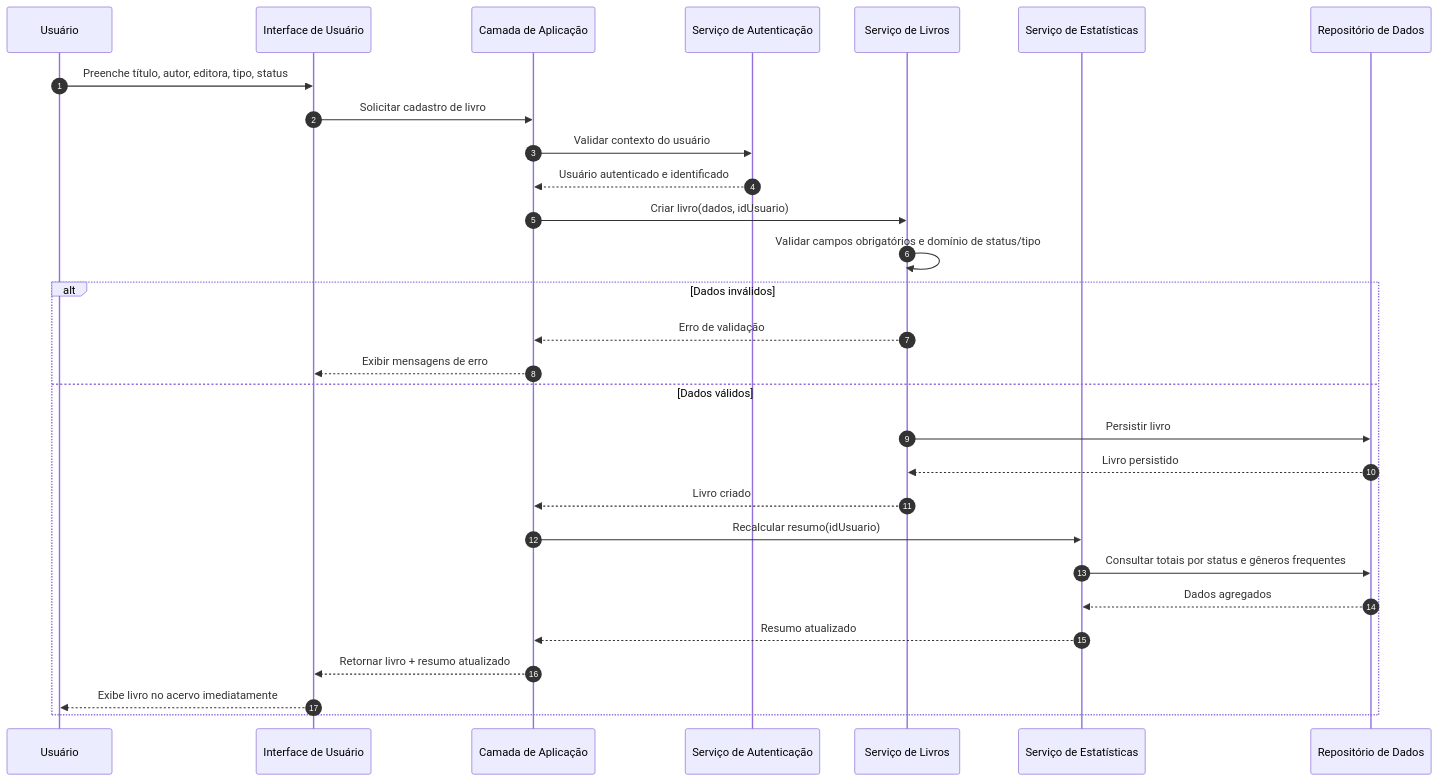
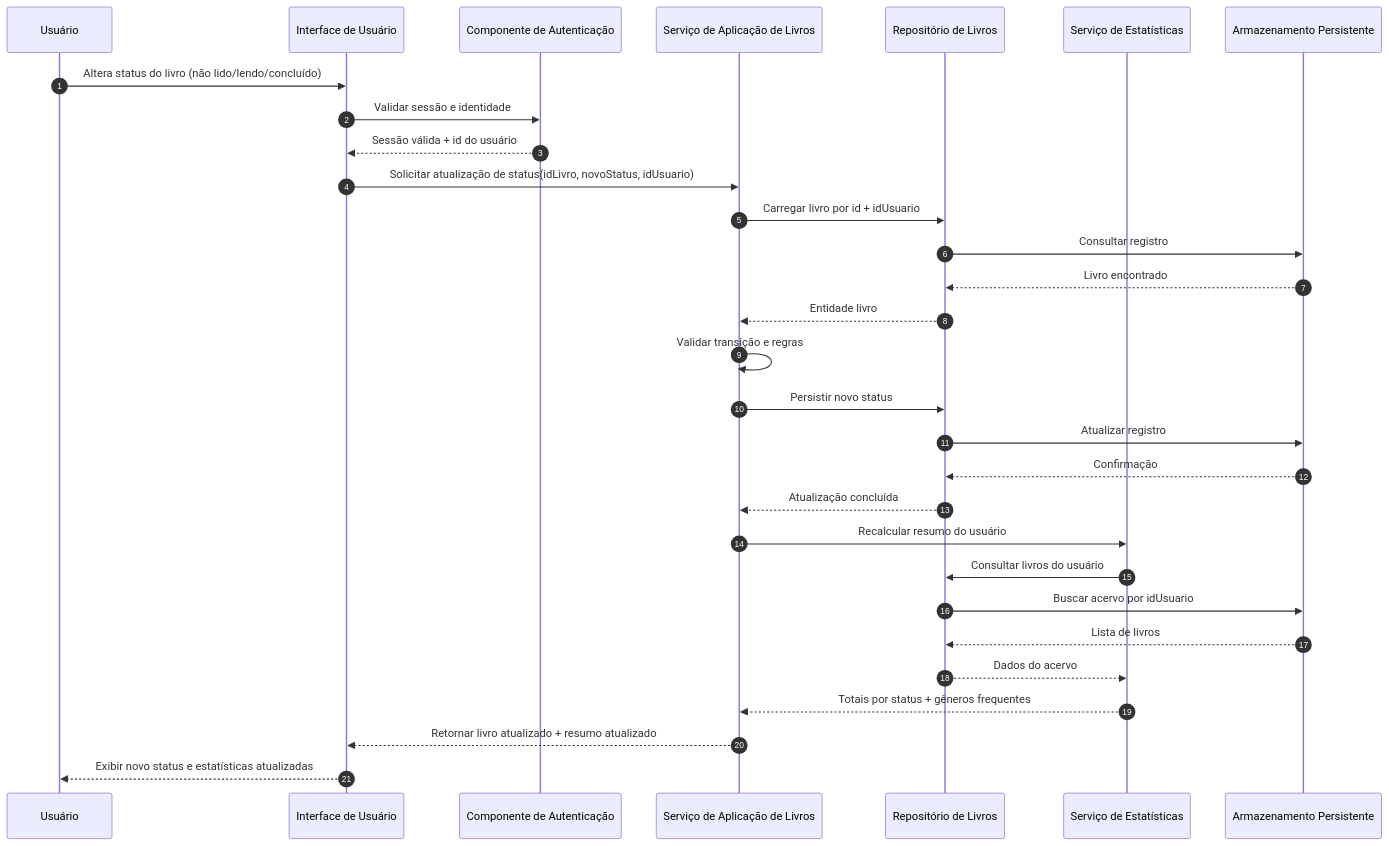
One commit to PDC-ESIA/AI4ES changed the second of 2 diagrams in docs/Time_2_Design/analise-qualitativa/outputs/relatorio_gpt_5_3_codex_P04.md. Above: the diagram before and after it, drawn with Mermaid. The commit also changed other lines of this file and 93 other files, not shown here.

````diff
--- a/docs/Time_2_Design/analise-qualitativa/outputs/relatorio_gpt_5_3_codex_P04.md
+++ b/docs/Time_2_Design/analise-qualitativa/outputs/relatorio_gpt_5_3_codex_P04.md
@@ -53,33 +74,37 @@
 ```mermaid
 sequenceDiagram
     autonumber
     participant U as Usuário
     participant UI as Interface de Usuário
-    participant APP as Camada de Aplicação
-    participant AUTH as Serviço de Autenticação
-    participant BOOK as Serviço de Livros
-    participant STATS as Serviço de Estatísticas
-    participant REPO as Repositório de Dados
+    participant AUTH as Componente de Autenticação
+    participant LIV as Serviço de Aplicação de Livros
+    participant REP as Repositório de Livros
+    participant RES as Serviço de Estatísticas
+    participant DB as Armazenamento Persistente
 
-    U->>UI: Preenche título, autor, editora, tipo, status
-    UI->>APP: Solicitar cadastro de livro
-    APP->>AUTH: Validar contexto do usuário
-    AUTH-->>APP: Usuário autenticado e identificado
+    U->>UI: Altera status do livro (não lido/lendo/concluído)
+    UI->>AUTH: Validar sessão e identidade
+    AUTH-->>UI: Sessão válida + id do usuário
 
-    APP->>BOOK: Criar livro(dados, idUsuario)
-    BOOK->>BOOK: Validar campos obrigatórios e domínio de status/tipo
-    alt Dados inválidos
-        BOOK-->>APP: Erro de validação
-        APP-->>UI: Exibir mensagens de erro
-    else Dados válidos
-        BOOK->>REPO: Persistir livro
-        REPO-->>BOOK: Livro persistido
-        BOOK-->>APP: Livro criado
-        APP->>STATS: Recalcular resumo(idUsuario)
-        STATS->>REPO: Consultar totais por status e gêneros frequentes
-        REPO-->>STATS: Dados agregados
-        STATS-->>APP: Resumo atualizado
-        APP-->>UI: Retornar livro + resumo atualizado
-        UI-->>U: Exibe livro no acervo imediatamente
-    end
+    UI->>LIV: Solicitar atualização de status(idLivro, novoStatus, idUsuario)
+    LIV->>REP: Carregar livro por id + idUsuario
+    REP->>DB: Consultar registro
+    DB-->>REP: Livro encontrado
+    REP-->>LIV: Entidade livro
+
+    LIV->>LIV: Validar transição e regras
+    LIV->>REP: Persistir novo status
+    REP->>DB: Atualizar registro
+    DB-->>REP: Confirmação
+    REP-->>LIV: Atualização concluída
+
+    LIV->>RES: Recalcular resumo do usuário
+    RES->>REP: Consultar livros do usuário
+    REP->>DB: Buscar acervo por idUsuario
+    DB-->>REP: Lista de livros
+    REP-->>RES: Dados do acervo
+    RES-->>LIV: Totais por status + gêneros frequentes
+
+    LIV-->>UI: Retornar livro atualizado + resumo atualizado
+    UI-->>U: Exibir novo status e estatísticas atualizadas
 ```
````
